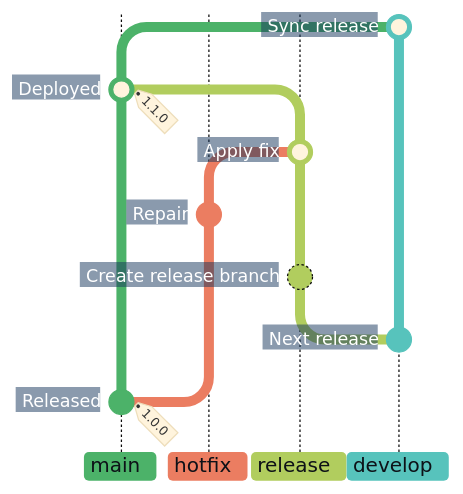
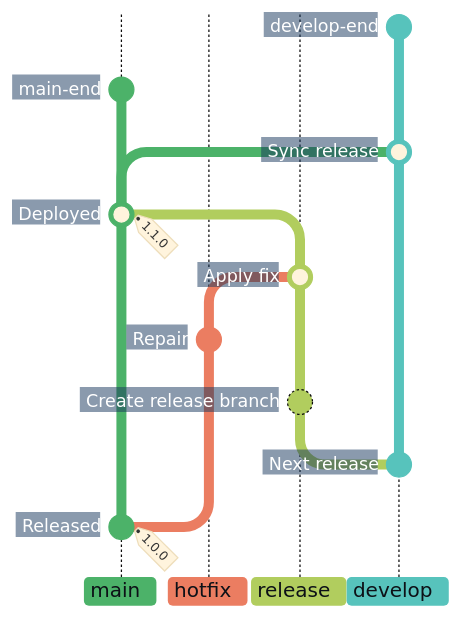
One commit to superhero/operations.superduper.solutions changed the fourth of 7 diagrams in docs/adr/cicd.md. Above: the diagram before and after it, drawn with Mermaid. The commit also changed other lines of this file, not shown here.

First line of the commit message:
docs: show permanent branches continuing beyond final merges

````diff
--- a/docs/adr/cicd.md
+++ b/docs/adr/cicd.md
@@ -145,28 +160,33 @@
 ```mermaid
-%%{init: {"theme": "base", "themeCSS": "line.branch { stroke: #8B949E; stroke-width: 1px; stroke-dasharray: 1 4; stroke-linecap: round; } .branchLabel, .tag-label { font-weight: 700; } .tag-label-bkg, .commit-label-bkg { opacity: 0.9; } .tag-label-bkg { fill: #B8E6C4; stroke: #8ED3A2; } .branchLabelBkg { opacity: 1; clip-path: inset(0 8px 0 0 round 4px) fill-box; } .commit-labels g:last-of-type { visibility: hidden; } path.arrow3:not(.arrow3 ~ .arrow3) { filter: drop-shadow(0 50px 0 #57C3BC); } .commit-labels g { transform-box: fill-box; transform-origin: calc(100% + 17px) calc(50% + 2px); transform: rotate(-10deg); } .commit-label { font-weight: 700; transform: translateX(-8px); } .commit-label-bkg { stroke: #17365D; stroke-width: 20px; transform: translateX(-5px); clip-path: polygon(-4px -4px, calc(100% + 4px) -4px, calc(100% + 10px) 50%, calc(100% + 4px) calc(100% + 4px), -4px calc(100% + 4px)) fill-box; } .commit.branch { stroke: #B1CD5E; stroke-dasharray: none; }", "gitGraph": {"showCommitLabel": true, "rotateCommitLabel": false}, "themeVariables": {
+%%{init: {"theme": "base", "themeCSS": "line.branch { stroke: #8B949E; stroke-width: 1px; stroke-dasharray: 1 4; stroke-linecap: round; } .branchLabel, .tag-label { font-weight: 700; } .tag-label-bkg, .commit-label-bkg { opacity: 0.9; } .tag-label-bkg { fill: #B8E6C4; stroke: #8ED3A2; } .branchLabelBkg { opacity: 1; clip-path: inset(0 8px 0 0 round 4px) fill-box; } .commit-labels g:last-of-type { visibility: hidden; } path.arrow3:not(.arrow3 ~ .arrow3) { filter: drop-shadow(0 50px 0 #57C3BC); } .commit-labels g:nth-of-type(-n+2), .commit.main-end, .commit.develop-end { visibility: hidden; } .commit-arrows path.arrow0:nth-last-child(2) { filter: drop-shadow(0 -50px 0 #4CB269); } .commit-labels g { transform-box: fill-box; transform-origin: calc(100% + 17px) calc(50% + 2px); transform: rotate(-10deg); } .commit-label { font-weight: 700; transform: translateX(-8px); } .commit-label-bkg { stroke: #17365D; stroke-width: 20px; transform: translateX(-5px); clip-path: polygon(-4px -4px, calc(100% + 4px) -4px, calc(100% + 10px) 50%, calc(100% + 4px) calc(100% + 4px), -4px calc(100% + 4px)) fill-box; } .commit.branch { stroke: #B1CD5E; stroke-dasharray: none; }", "gitGraph": {"showCommitLabel": true, "rotateCommitLabel": false}, "themeVariables": {
     "commitLabelFontSize": "14px", "commitLabelColor": "#FFFFFF", "commitLabelBackground": "#17365D",
     "git0": "#4CB269", "gitBranchLabel0": "#0D1117",
     "git1": "#EB7D61", "gitBranchLabel1": "#0D1117",
     "git2": "#B1CD5E", "gitBranchLabel2": "#0D1117",
     "git3": "#57C3BC", "gitBranchLabel3": "#0D1117"
 }}}%%
 gitGraph BT:
     %% Show existing main and develop lanes with earlier ancestry omitted.
     branch develop order: 3
     checkout main
     commit id: "Released" tag: "1.0.0"
     checkout develop
     %% Extend develop by 50px before this fork to show prior history without a starting node.
     commit id: "Next release"
     branch "release" order: 2
     commit id: "Create release branch"
     checkout main
     branch "hotfix" order: 1
     commit id: "Repair"
     checkout "release"
     merge "hotfix" id: "Apply fix"
     checkout main
     merge "release" id: "Deployed" tag: "1.1.0"
     checkout develop
     merge main id: "Sync release"
+    %% Hidden endpoints continue both permanent branches; extend main by 50px to align the tips.
+    checkout main
+    commit id: "main-end"
+    checkout develop
+    commit id: "develop-end"
 ```
````
